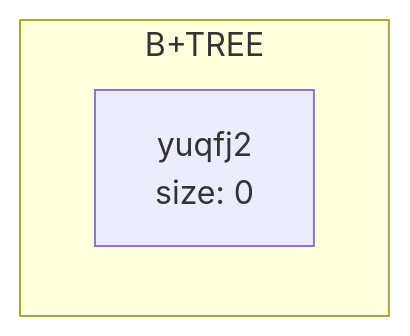
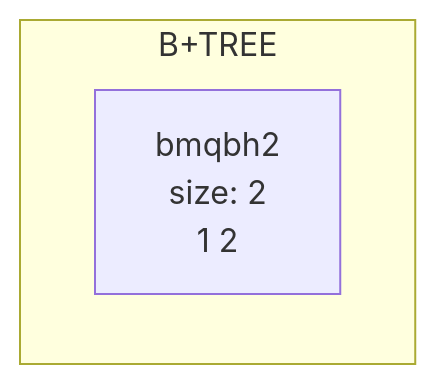
One commit to shiridikumar/phase1_dup changed the first of 2 diagrams in data/chart.md. Above: the diagram before and after it, drawn with Mermaid. The commit also changed other lines of this file and 60 other files, not shown here.

````diff
--- a/data/chart.md
+++ b/data/chart.md
@@ -1,6 +1,6 @@
 ```mermaid
 graph TD
 subgraph B+TREE
-yuqfj2[yuqfj2<br/>size: 0<br/>]
+bmqbh2[bmqbh2<br/>size: 2<br/>1 2 ]
 end
 ```
````
